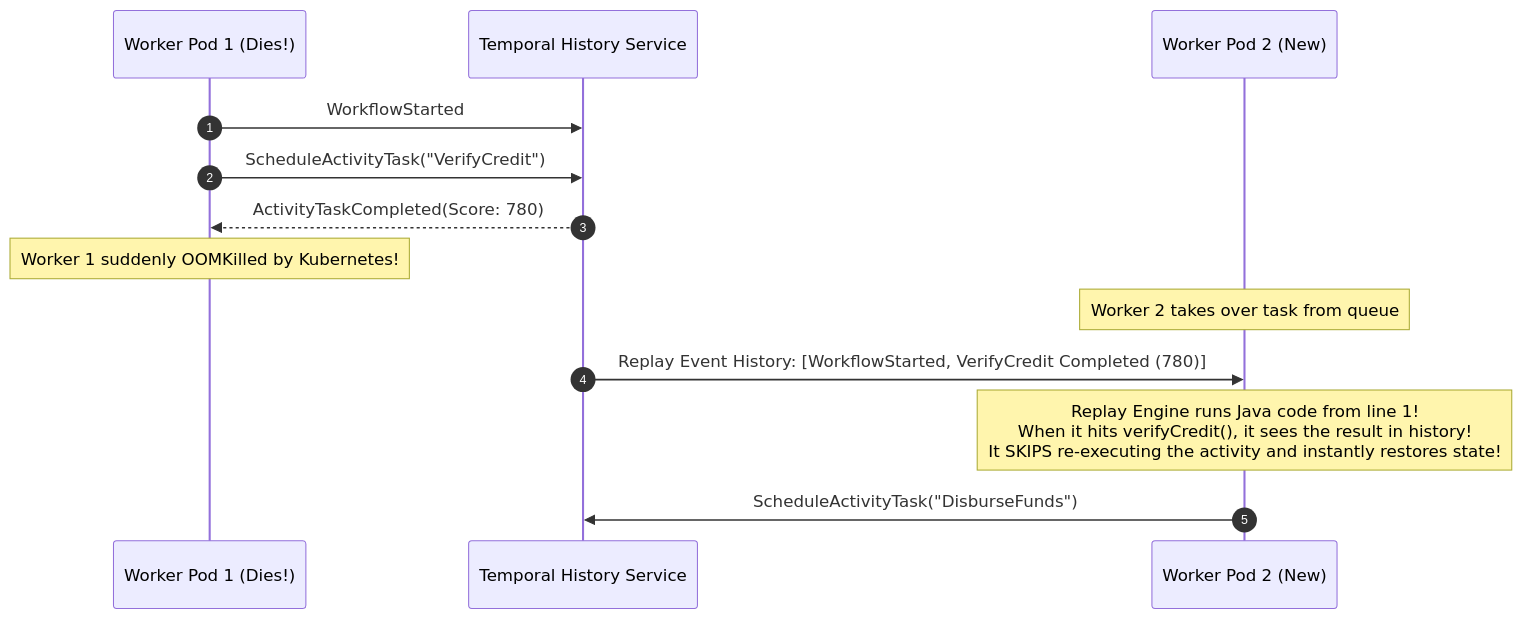
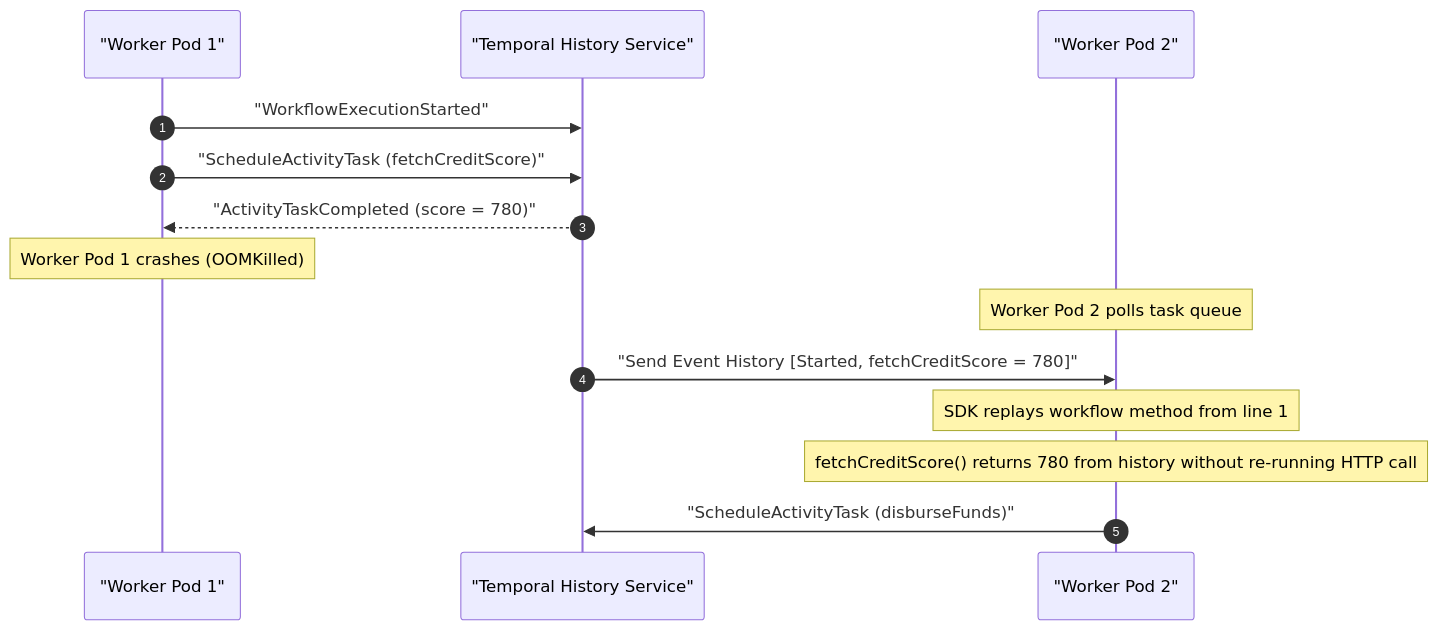
One commit to ravishankar2463/java_hub changed the second of 2 diagrams in content/roadmap/level-11/long-running-workflows-with-temporal.md. Above: the diagram before and after it, drawn with Mermaid. The commit also changed other lines of this file and 119 other files, not shown here.

Commit message:
feat: add comprehensive java learning roadmap content across multiple levels

````diff
--- a/content/roadmap/level-11/long-running-workflows-with-temporal.md
+++ b/content/roadmap/level-11/long-running-workflows-with-temporal.md
@@ -130,17 +152,18 @@
 ```mermaid
 sequenceDiagram
     autonumber
-    participant Worker1 as Worker Pod 1 (Dies!)
-    participant Cluster as Temporal History Service
-    participant Worker2 as Worker Pod 2 (New)
+    participant W1 as "Worker Pod 1"
+    participant Cluster as "Temporal History Service"
+    participant W2 as "Worker Pod 2"
 
-    Worker1->>Cluster: WorkflowStarted
-    Worker1->>Cluster: ScheduleActivityTask("VerifyCredit")
-    Cluster-->>Worker1: ActivityTaskCompleted(Score: 780)
-    Note over Worker1: Worker 1 suddenly OOMKilled by Kubernetes!
+    W1->>Cluster: "WorkflowExecutionStarted"
+    W1->>Cluster: "ScheduleActivityTask (fetchCreditScore)"
+    Cluster-->>W1: "ActivityTaskCompleted (score = 780)"
+    Note over W1: Worker Pod 1 crashes (OOMKilled)
 
-    Note over Worker2: Worker 2 takes over task from queue
-    Cluster->>Worker2: Replay Event History: [WorkflowStarted, VerifyCredit Completed (780)]
-    Note over Worker2: Replay Engine runs Java code from line 1!<br/>When it hits verifyCredit(), it sees the result in history!<br/>It SKIPS re-executing the activity and instantly restores state!
-    Worker2->>Cluster: ScheduleActivityTask("DisburseFunds")
+    Note over W2: Worker Pod 2 polls task queue
+    Cluster->>W2: "Send Event History [Started, fetchCreditScore = 780]"
+    Note over W2: SDK replays workflow method from line 1
+    Note over W2: fetchCreditScore() returns 780 from history without re-running HTTP call
+    W2->>Cluster: "ScheduleActivityTask (disburseFunds)"
 ```
````
